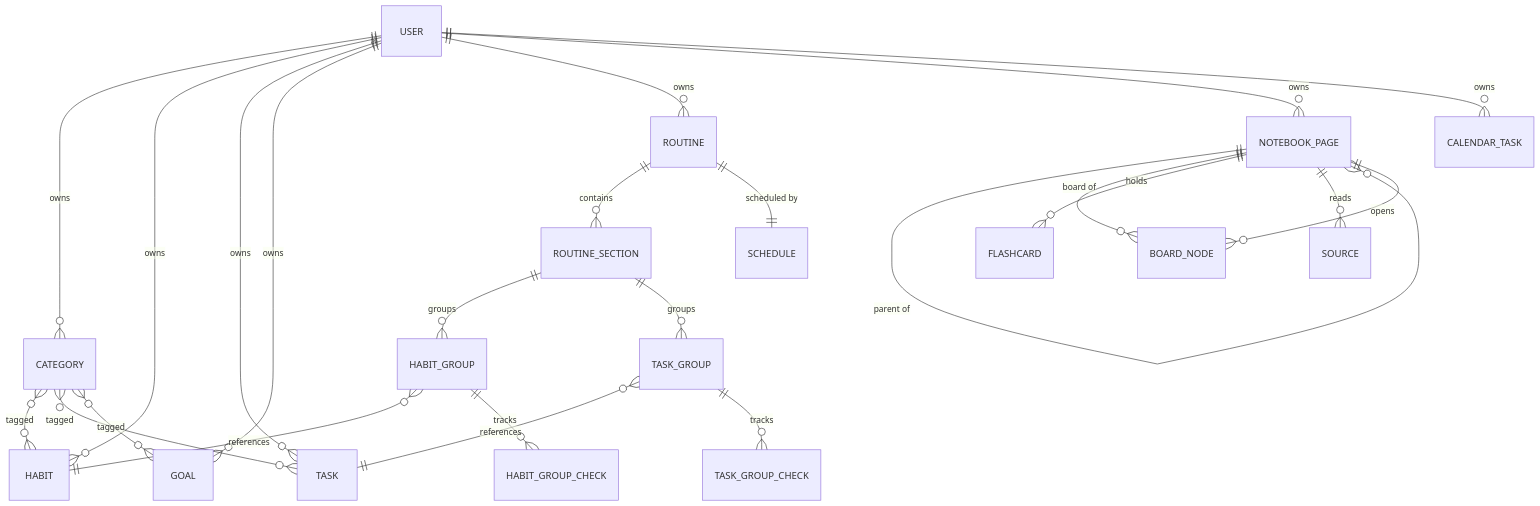
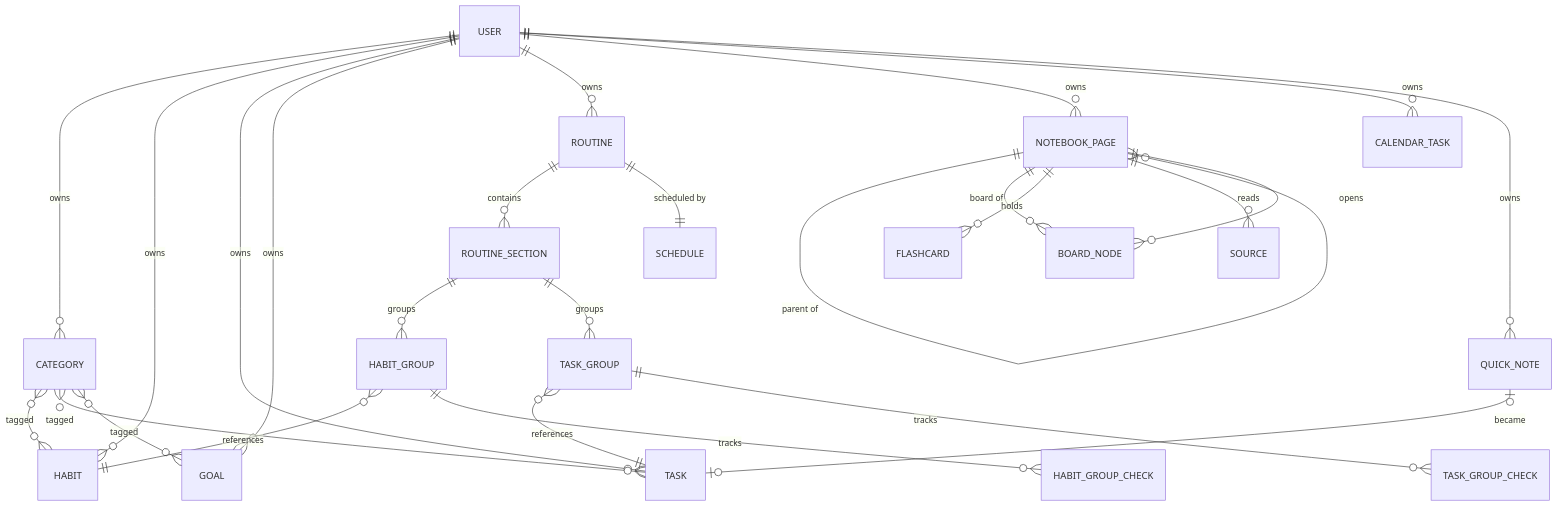
Before and after one commit to AndDev741/Beyou-arch-design: the first of 5 diagrams in architecture/overview/en.md, drawn with Mermaid. The commit also changed other lines of this file and 31 other files, not shown here.

````diff
--- a/architecture/overview/en.md
+++ b/architecture/overview/en.md
@@ -43,32 +43,35 @@
 ```mermaid
 erDiagram
   USER ||--o{ CATEGORY : owns
   USER ||--o{ HABIT : owns
   USER ||--o{ TASK : owns
   USER ||--o{ GOAL : owns
   USER ||--o{ ROUTINE : owns
   USER ||--o{ NOTEBOOK_PAGE : owns
   USER ||--o{ CALENDAR_TASK : owns
+  USER ||--o{ QUICK_NOTE : owns
 
   CATEGORY }o--o{ HABIT : tagged
   CATEGORY }o--o{ TASK : tagged
   CATEGORY }o--o{ GOAL : tagged
 
   ROUTINE ||--o{ ROUTINE_SECTION : contains
   ROUTINE ||--|| SCHEDULE : "scheduled by"
 
   ROUTINE_SECTION ||--o{ HABIT_GROUP : groups
   ROUTINE_SECTION ||--o{ TASK_GROUP : groups
 
   HABIT_GROUP }o--|| HABIT : references
   TASK_GROUP }o--|| TASK : references
 
   HABIT_GROUP ||--o{ HABIT_GROUP_CHECK : tracks
   TASK_GROUP ||--o{ TASK_GROUP_CHECK : tracks
 
   NOTEBOOK_PAGE ||--o{ NOTEBOOK_PAGE : "parent of"
   NOTEBOOK_PAGE ||--o{ BOARD_NODE : "board of"
   BOARD_NODE }o--|| NOTEBOOK_PAGE : opens
   NOTEBOOK_PAGE ||--o{ FLASHCARD : holds
   NOTEBOOK_PAGE ||--o{ SOURCE : reads
+
+  QUICK_NOTE |o--o| TASK : "became"
 ```
````
